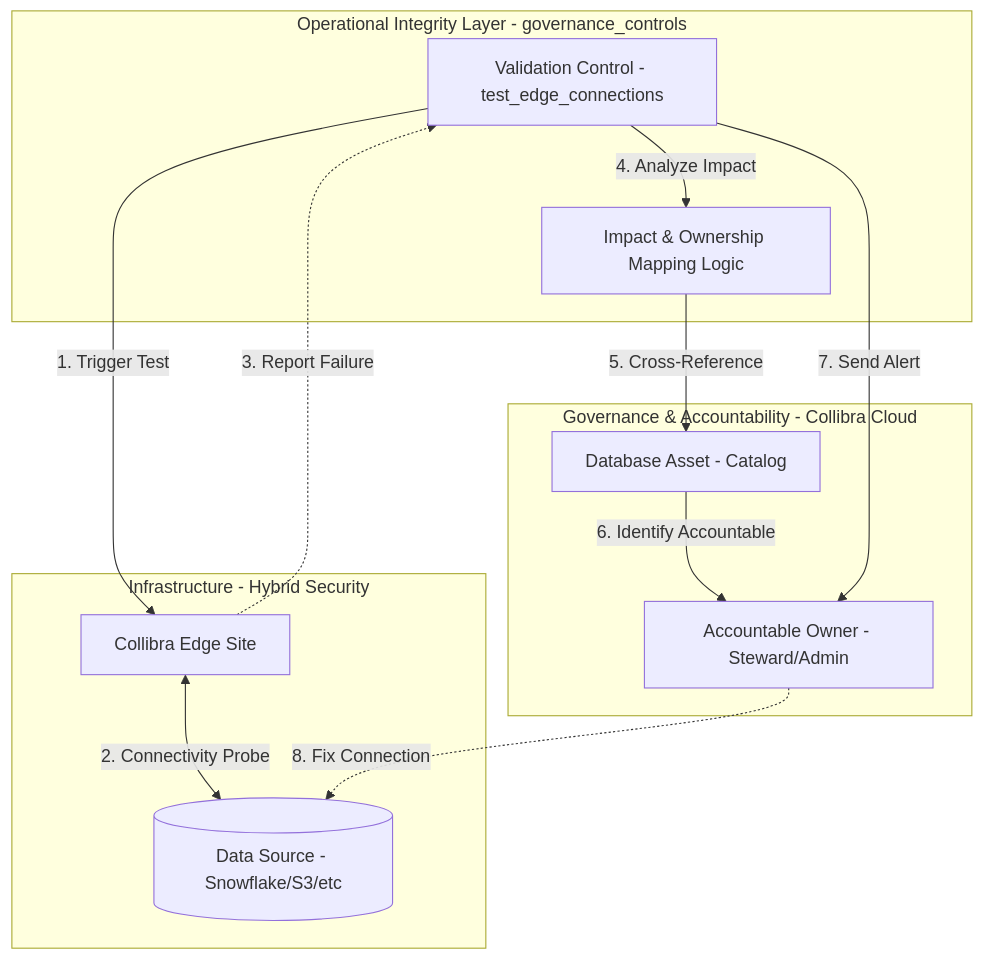
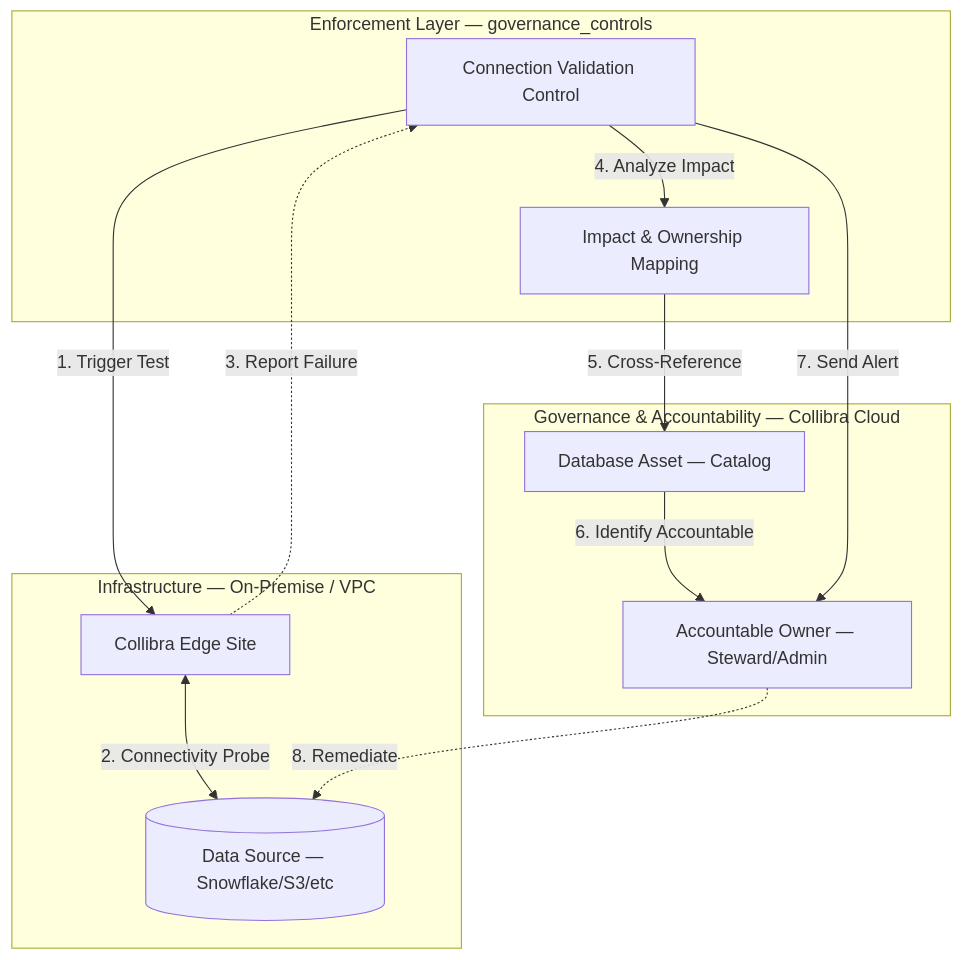
One commit to arnauudG/Collibra-Repository---Automations changed the diagram in Test Connections - Database - Collibra/governance_controls/test_edge_connections/README.md. Above: the diagram before and after it, drawn with Mermaid. The commit also changed other lines of this file and 3 other files, not shown here.

````diff
--- a/Test Connections - Database - Collibra/governance_controls/test_edge_connections/README.md
+++ b/Test Connections - Database - Collibra/governance_controls/test_edge_connections/README.md
@@ -48,26 +40,26 @@
 ```mermaid
 graph TD
-    subgraph Cloud["Governance & Accountability - Collibra Cloud"]
-        Asset[Database Asset - Catalog]
-        Owner[Accountable Owner - Steward/Admin]
+    subgraph Cloud["Governance & Accountability — Collibra Cloud"]
+        Asset[Database Asset — Catalog]
+        Owner[Accountable Owner — Steward/Admin]
     end
 
-    subgraph Controls["Operational Integrity Layer - governance_controls"]
-        Control[Validation Control - test_edge_connections]
-        Logic[Impact & Ownership Mapping Logic]
+    subgraph Controls["Enforcement Layer — governance_controls"]
+        Control[Connection Validation Control]
+        Logic[Impact & Ownership Mapping]
     end
 
-    subgraph Infra["Infrastructure - Hybrid Security"]
+    subgraph Infra["Infrastructure — On-Premise / VPC"]
         Edge[Collibra Edge Site]
-        Source[(Data Source - Snowflake/S3/etc)]
+        Source[(Data Source — Snowflake/S3/etc)]
     end
 
     Control -->|1. Trigger Test| Edge
     Edge <-->|2. Connectivity Probe| Source
     Edge -.->|3. Report Failure| Control
     Control -->|4. Analyze Impact| Logic
     Logic -->|5. Cross-Reference| Asset
     Asset -->|6. Identify Accountable| Owner
     Control -->|7. Send Alert| Owner
-    Owner -.->|8. Fix Connection| Source
+    Owner -.->|8. Remediate| Source
 ```
````
